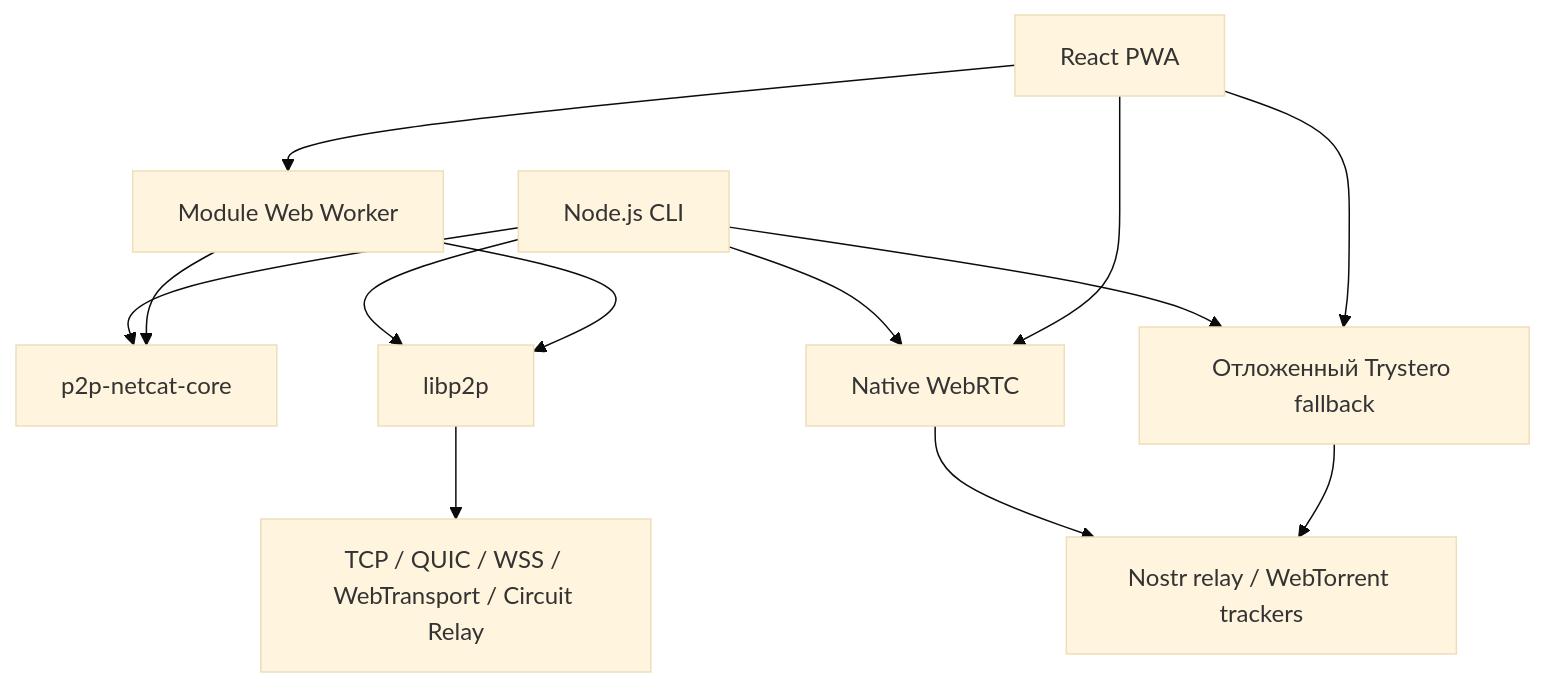
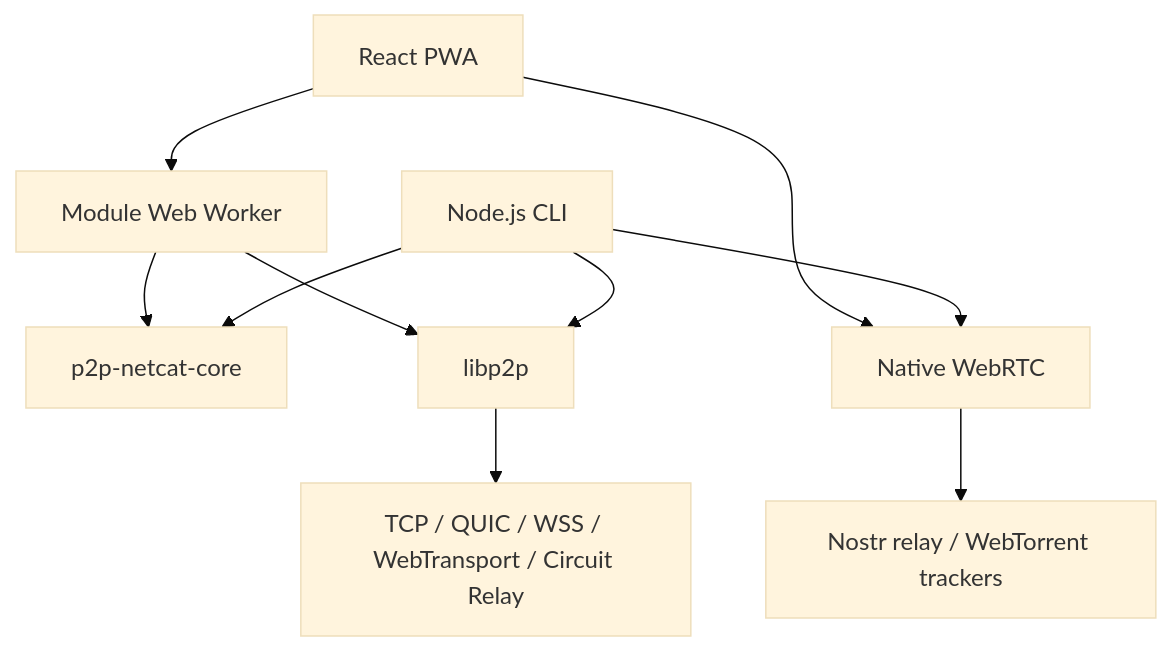
The diagram in docs/PROJECT_CONTEXT.RU.md (santaklouse/p2p-netcat), drawn with Mermaid (base theme) before and after one commit. The commit also changed other lines of this file and 36 other files, not shown here.

First line of the commit message:
Remove Trystero fallback and cleanup

````diff
--- a/docs/PROJECT_CONTEXT.RU.md
+++ b/docs/PROJECT_CONTEXT.RU.md
@@ -144,25 +143,21 @@
 ```mermaid
 flowchart TB
     CLI["Node.js CLI"]
     WEB["React PWA"]
     WORKER["Module Web Worker"]
     CORE["p2p-netcat-core"]
     LIBP2P["libp2p"]
     NATIVE["Native WebRTC"]
-    LEGACY["Отложенный Trystero fallback"]
     NET["TCP / QUIC / WSS / WebTransport / Circuit Relay"]
     SIGNAL["Nostr relay / WebTorrent trackers"]
 
     CLI --> CORE
     CLI --> LIBP2P
     CLI --> NATIVE
-    CLI --> LEGACY
     WEB --> WORKER
     WEB --> NATIVE
-    WEB --> LEGACY
     WORKER --> CORE
     WORKER --> LIBP2P
     LIBP2P --> NET
     NATIVE --> SIGNAL
-    LEGACY --> SIGNAL
 ```
````
